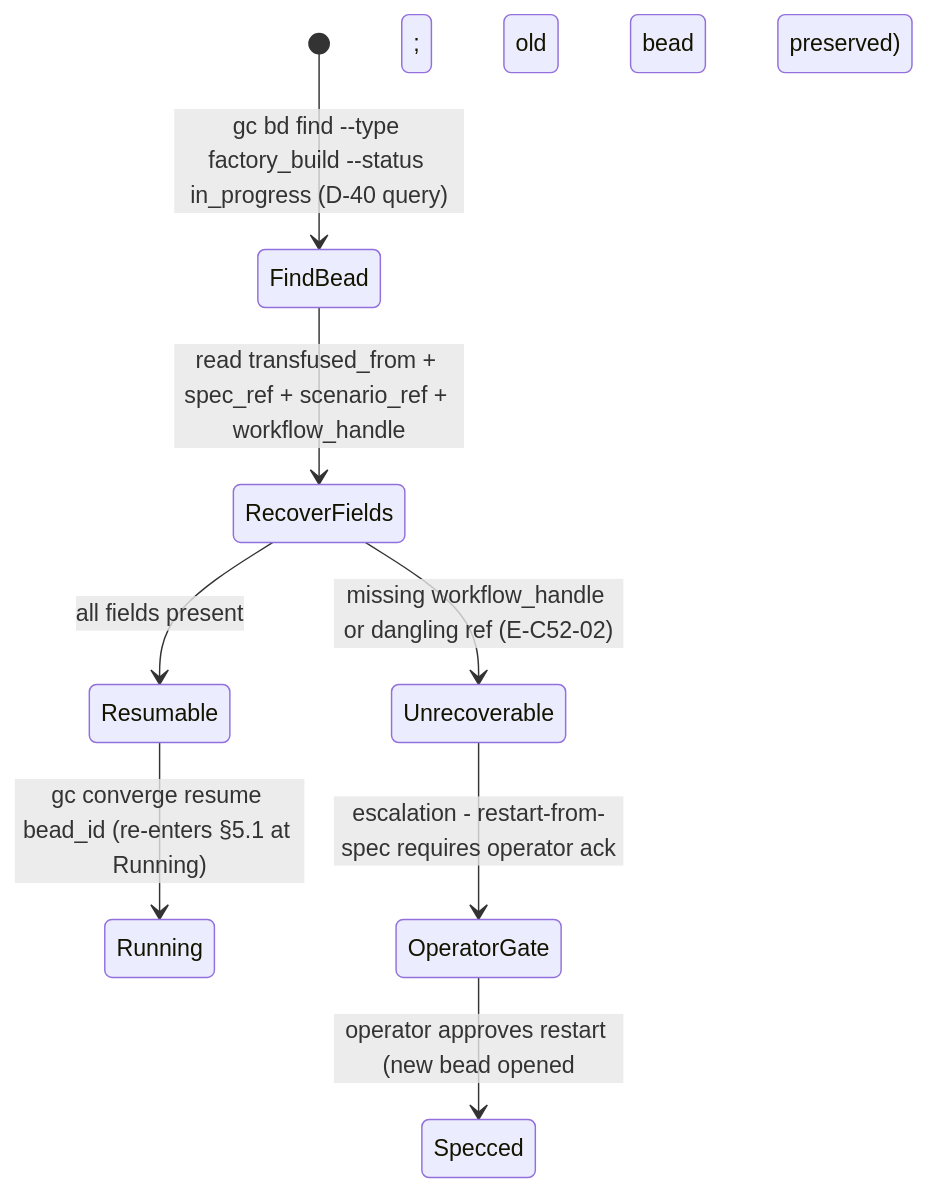
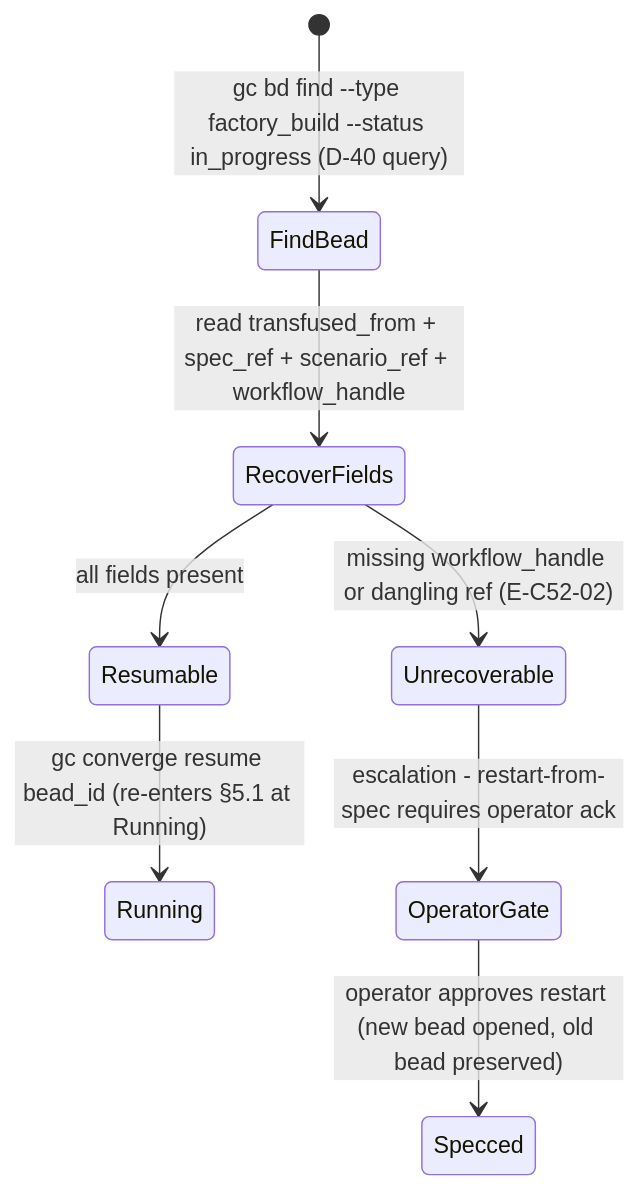
The second of 2 diagrams in architectures/v4/spec/C52-self-bootstrap.md (lago-morph/software-factory), drawn with Mermaid before and after one commit. The commit also changed 1 other file, not shown here.

Commit message:
Fence+Bootstrap C34/C43/C51/C52/C53 → Sweep-2 (final, all 5 builders)
C34 holdout enforce+audit (polls C30 MANIFEST; D-13/D-30/D-38); C43 blast-radius boundary-typing
(D-20 P2-precondition; HumanGated until D-23 spike; watcher NOT designed per D-30); C51 transfusion
predicate; C52 self-bootstrap recursion + human-review gate (D-40 status transition); C53 go/no-go
apex (rule p10 AND mean, values=operator — flagged OPERATOR-JUDGMENT morning-review fork).

https://claude.ai/code/session_01VYihAmm69KMtXUUkPuWwgY

````diff
--- a/architectures/v4/spec/C52-self-bootstrap.md
+++ b/architectures/v4/spec/C52-self-bootstrap.md
@@ -251,10 +251,10 @@
 ```mermaid
 stateDiagram-v2
     [*] --> FindBead : gc bd find --type factory_build --status in_progress (D-40 query)
     FindBead --> RecoverFields : read transfused_from + spec_ref + scenario_ref + workflow_handle
     RecoverFields --> Resumable : all fields present
     RecoverFields --> Unrecoverable : missing workflow_handle or dangling ref (E-C52-02)
     Resumable --> Running : gc converge resume bead_id (re-enters §5.1 at Running)
     Unrecoverable --> OperatorGate : escalation - restart-from-spec requires operator ack
-    OperatorGate --> Specced : operator approves restart (new bead opened; old bead preserved)
+    OperatorGate --> Specced : operator approves restart (new bead opened, old bead preserved)
 ```
````
